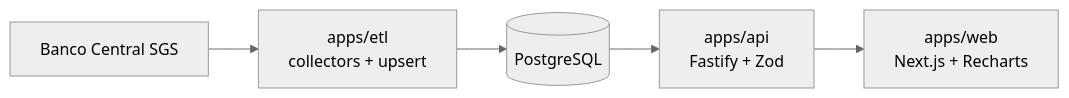
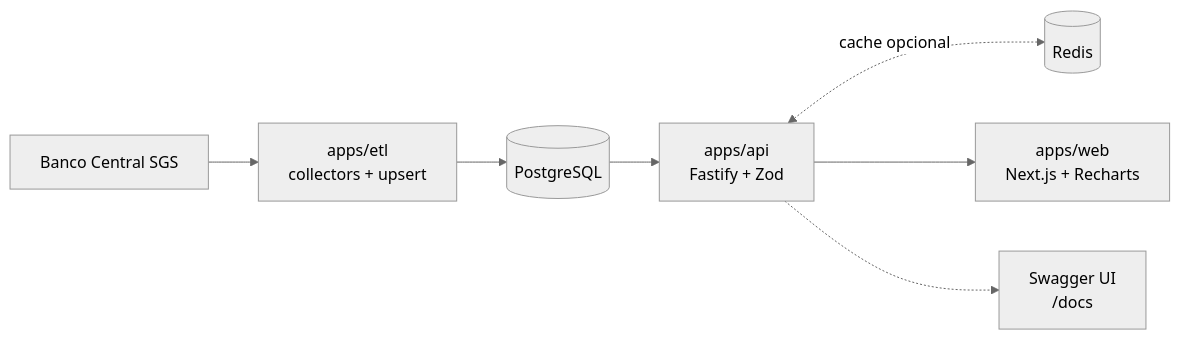
One commit to MatheusAnsel/brasil-econ-dashboard changed the first of 3 diagrams in README.md. Above: the diagram before and after it, drawn with Mermaid (neutral theme). The commit also changed other lines of this file and 17 other files, not shown here.

First line of the commit message:
docs: README com cobertura, Docker, cache, OpenAPI e diagramas; render.yaml com TRUST_PROXY

````diff
--- a/README.md
+++ b/README.md
@@ -21,7 +24,9 @@
 ```mermaid
 flowchart LR
   BCB[Banco Central SGS] --> ETL[apps/etl<br/>collectors + upsert]
   ETL --> DB[(PostgreSQL)]
   DB --> API[apps/api<br/>Fastify + Zod]
+  API <-.->|cache opcional| REDIS[(Redis)]
   API --> WEB[apps/web<br/>Next.js + Recharts]
+  API -.-> DOCS[Swagger UI<br/>/docs]
 ```
````
